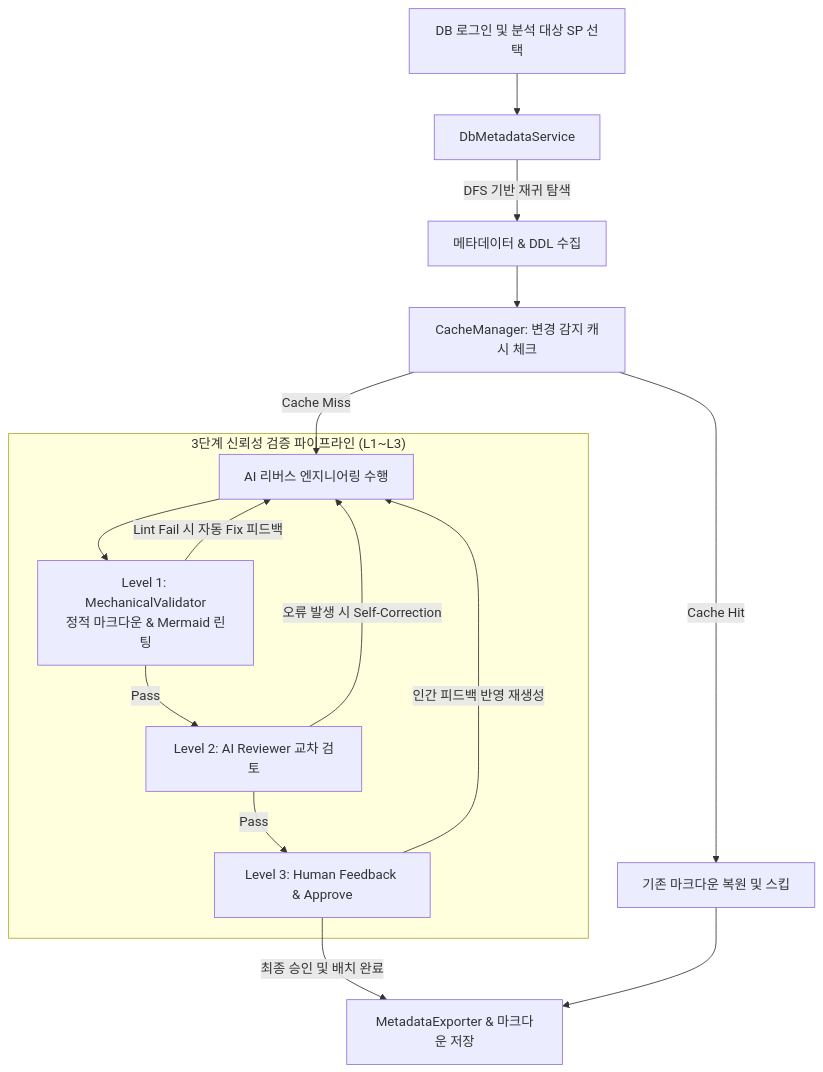
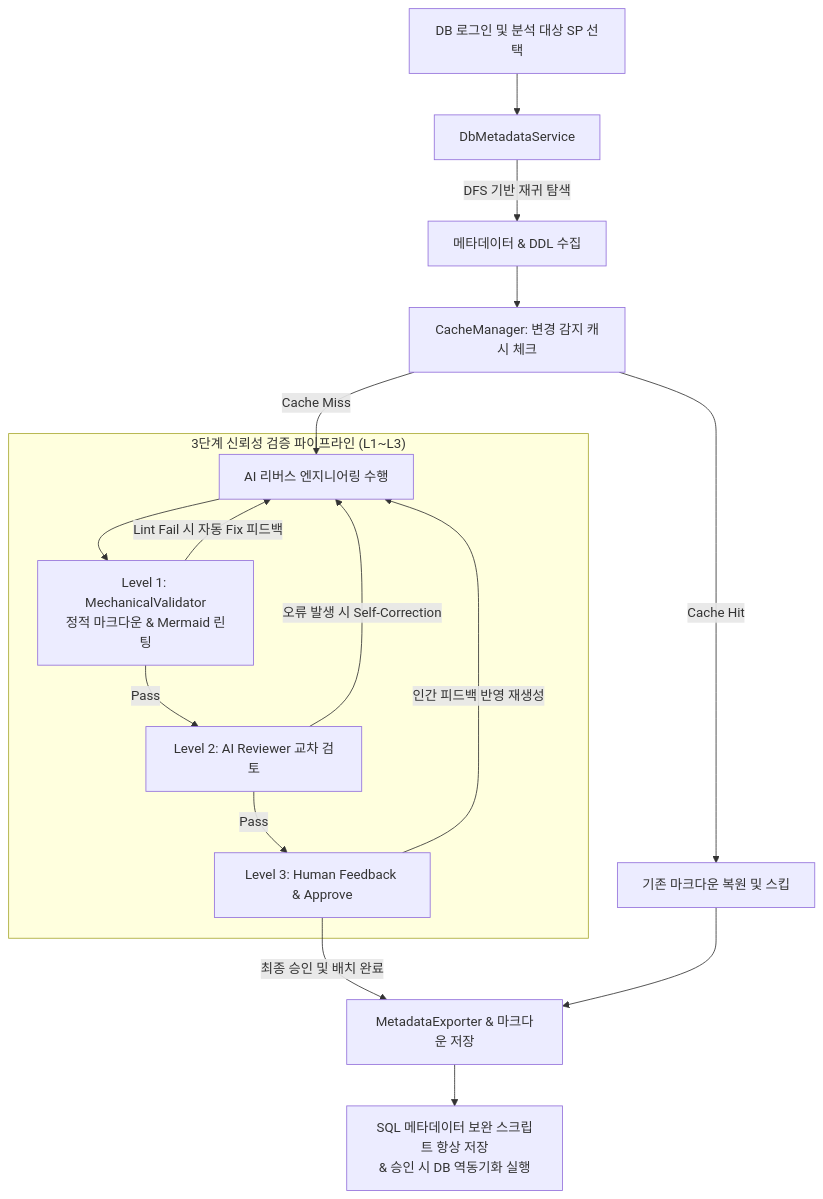
Before and after one commit to moondae815/sp-reverse-engineering: the first of 2 diagrams in README.md, drawn with Mermaid. The commit also changed other lines of this file and 9 other files, not shown here.

````diff
--- a/README.md
+++ b/README.md
@@ -45,20 +50,21 @@
 ```mermaid
 graph TD
     A[DB 로그인 및 분석 대상 SP 선택] --> B[DbMetadataService]
     B -->|DFS 기반 재귀 탐색| C[메타데이터 & DDL 수집]
     C --> D[CacheManager: 변경 감지 캐시 체크]
     D -->|Cache Hit| E[기존 마크다운 복원 및 스킵]
     D -->|Cache Miss| F[AI 리버스 엔지니어링 수행]
     
     subgraph "3단계 신뢰성 검증 파이프라인 (L1~L3)"
         F --> G[Level 1: MechanicalValidator<br/>정적 마크다운 & Mermaid 린팅]
         G -->|Lint Fail 시 자동 Fix 피드백| F
         G -->|Pass| H[Level 2: AI Reviewer 교차 검토]
         H -->|오류 발생 시 Self-Correction| F
         H -->|Pass| I[Level 3: Human Feedback & Approve]
     end
     
     I -->|인간 피드백 반영 재생성| F
     I -->|최종 승인 및 배치 완료| J[MetadataExporter & 마크다운 저장]
     E --> J
+    J --> K[SQL 메타데이터 보완 스크립트 항상 저장<br/>& 승인 시 DB 역동기화 실행]
 ```
````
